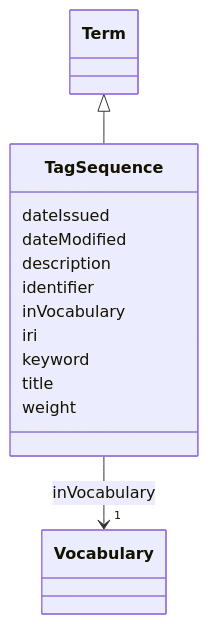
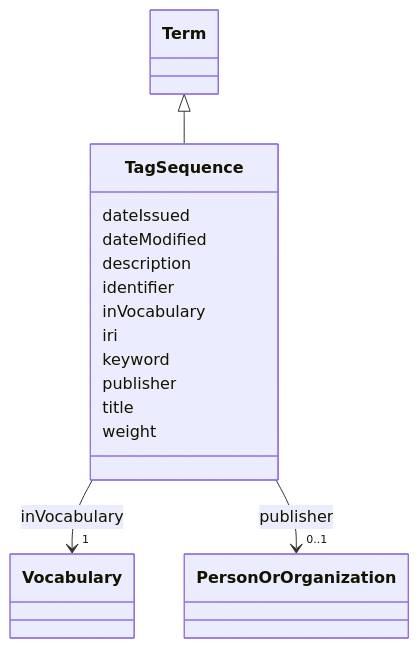
One commit to EVORA-project/evora-ontology changed the diagram in models/docs/TagSequence.md. Above: the diagram before and after it, drawn with Mermaid. The commit also changed other lines of this file and 468 other files, not shown here.

````diff
--- a/models/docs/TagSequence.md
+++ b/models/docs/TagSequence.md
@@ -19,34 +19,43 @@
 ```mermaid
  classDiagram
     class TagSequence
     click TagSequence href "../TagSequence"
       Term <|-- TagSequence
         click Term href "../Term"
       
       TagSequence : dateIssued
         
       TagSequence : dateModified
         
       TagSequence : description
         
       TagSequence : identifier
         
       TagSequence : inVocabulary
         
           
     
     
     TagSequence --> "1" Vocabulary : inVocabulary
     click Vocabulary href "../Vocabulary"
 
         
       TagSequence : iri
         
       TagSequence : keyword
         
+      TagSequence : publisher
+        
+          
+    
+    
+    TagSequence --> "0..1" PersonOrOrganization : publisher
+    click PersonOrOrganization href "../PersonOrOrganization"
+
+        
       TagSequence : title
         
       TagSequence : weight
         
       
 ```
````
